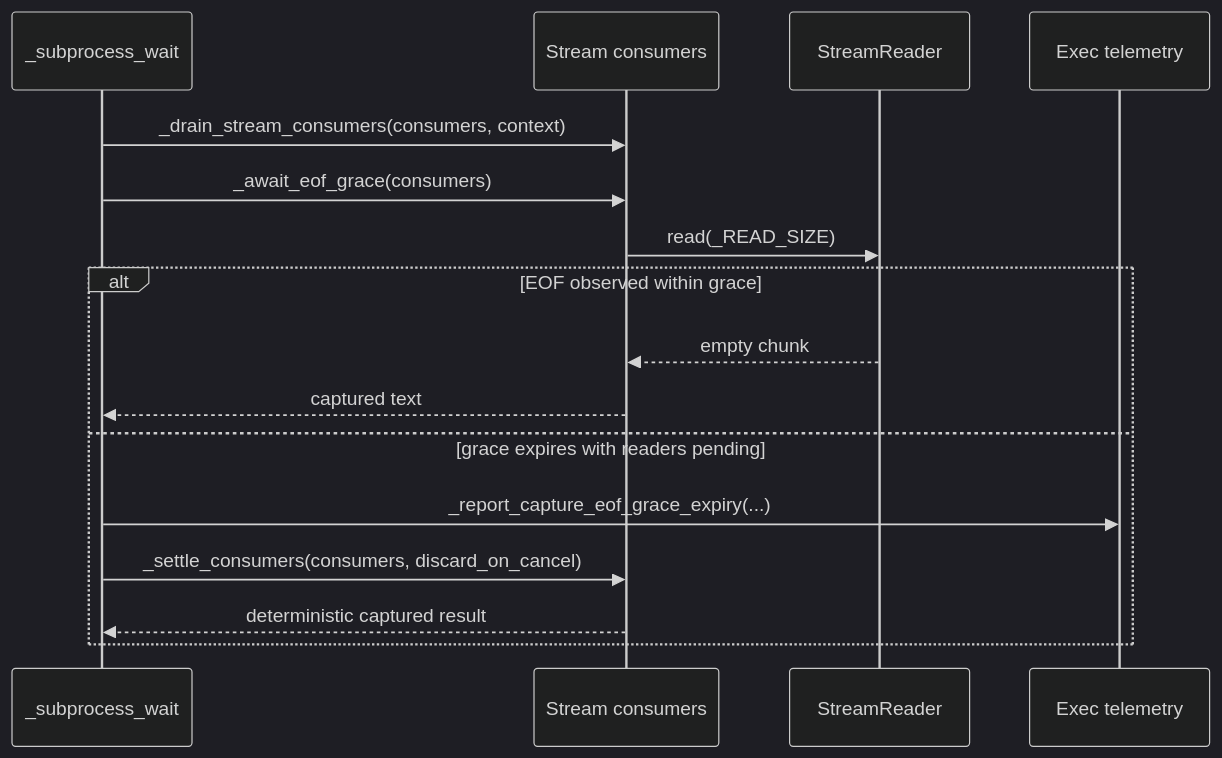
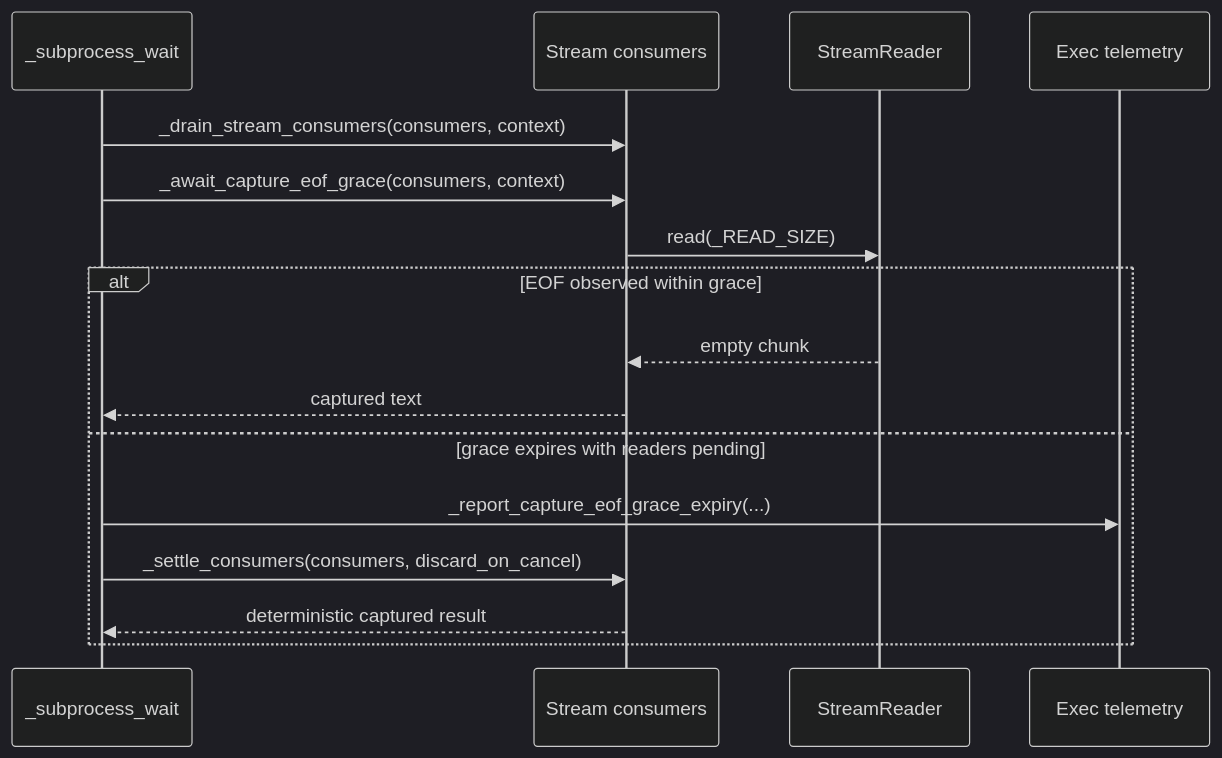
The fourth of 12 diagrams in docs/cuprum-design.md (leynos/cuprum), drawn with Mermaid (dark theme) before and after one commit. The commit also changed 3 other files, not shown here.

````diff
--- a/docs/cuprum-design.md
+++ b/docs/cuprum-design.md
@@ -1272,19 +1272,19 @@
 ```mermaid
 sequenceDiagram
     participant Wait as _subprocess_wait
     participant Consumers as Stream consumers
     participant Reader as StreamReader
     participant Telemetry as Exec telemetry
 
     Wait->>Consumers: _drain_stream_consumers(consumers, context)
-    Wait->>Consumers: _await_eof_grace(consumers)
+    Wait->>Consumers: _await_capture_eof_grace(consumers, context)
     Consumers->>Reader: read(_READ_SIZE)
     alt EOF observed within grace
         Reader-->>Consumers: empty chunk
         Consumers-->>Wait: captured text
     else grace expires with readers pending
         Wait->>Telemetry: _report_capture_eof_grace_expiry(...)
         Wait->>Consumers: _settle_consumers(consumers, discard_on_cancel)
         Consumers-->>Wait: deterministic captured result
     end
 ```
````
